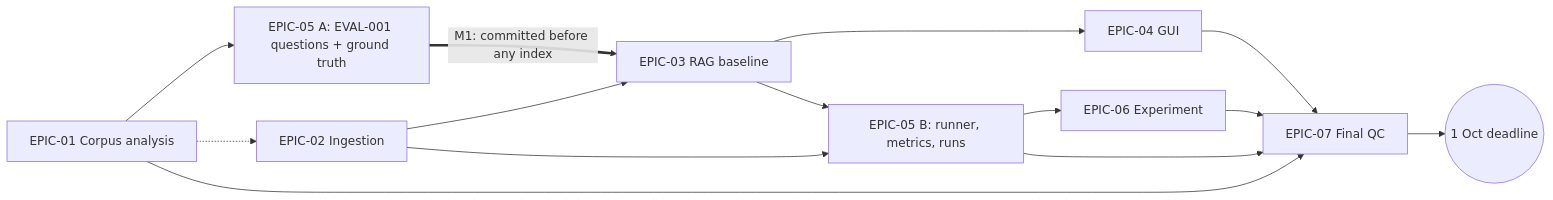
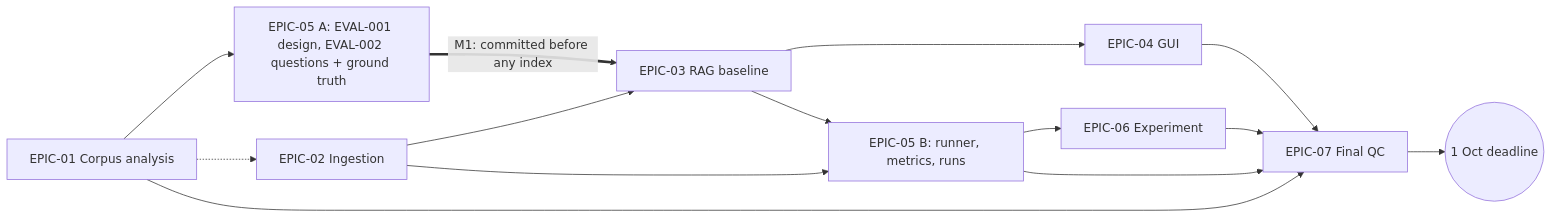
The diagram in docs/plans/master-plan.md (PotatoMine725/Tech-docs-RAG), drawn with Mermaid before and after one commit. The commit also changed other lines of this file and 3 other files, not shown here.

First line of the commit message:
DOCS: split EPIC-05 stage A into EVAL-001 (design) and EVAL-002 (write + freeze)

````diff
--- a/docs/plans/master-plan.md
+++ b/docs/plans/master-plan.md
@@ -60,16 +60,16 @@
 ```mermaid
 flowchart LR
-  E01["EPIC-01 Corpus analysis"] --> E05A["EPIC-05 A: EVAL-001 questions + ground truth"]
+  E01["EPIC-01 Corpus analysis"] --> E05A["EPIC-05 A: EVAL-001 design, EVAL-002 questions + ground truth"]
   E01 -.-> E02["EPIC-02 Ingestion"]
   E05A ==>|"M1: committed before any index"| E03["EPIC-03 RAG baseline"]
   E02 --> E03
   E02 --> E05B["EPIC-05 B: runner, metrics, runs"]
   E03 --> E04["EPIC-04 GUI"]
   E03 --> E05B
   E05B --> E06["EPIC-06 Experiment"]
   E01 --> E07["EPIC-07 Final QC"]
   E04 --> E07
   E05B --> E07
   E06 --> E07
   E07 --> D(("1 Oct deadline"))
 ```
````
